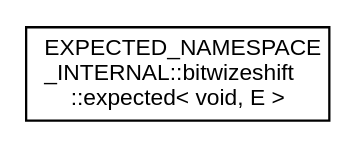
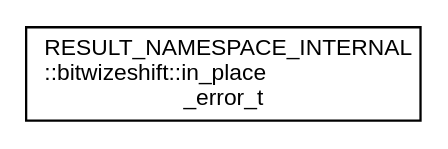
Before and after one commit to bitwizeshift/result: the diagram in api/latest/inherit_graph_23.dot, drawn with Graphviz. The commit also changed 431 other files, not shown here.

```diff
--- a/api/latest/inherit_graph_23.dot
+++ b/api/latest/inherit_graph_23.dot
@@ -1,7 +1,7 @@
 digraph "Graphical Class Hierarchy"
 {
   edge [fontname="Helvetica",fontsize="10",labelfontname="Helvetica",labelfontsize="10"];
   node [fontname="Helvetica",fontsize="10",shape=record];
   rankdir="LR";
-  Node0 [label="EXPECTED_NAMESPACE\l_INTERNAL::bitwizeshift\l::expected\< void, E \>",height=0.2,width=0.4,color="black", fillcolor="white", style="filled",URL="$dc/d65/class_e_x_p_e_c_t_e_d___n_a_m_e_s_p_a_c_e___i_n_t_e_r_n_a_l_1_1bitwizeshift_1_1expected_3_01void_00_01_e_01_4.html",tooltip="Partial specialization of expected<void, E> "];
+  Node0 [label="RESULT_NAMESPACE_INTERNAL\l::bitwizeshift::in_place\l_error_t",height=0.2,width=0.4,color="black", fillcolor="white", style="filled",URL="$d6/d8a/struct_r_e_s_u_l_t___n_a_m_e_s_p_a_c_e___i_n_t_e_r_n_a_l_1_1bitwizeshift_1_1in__place__error__t.html",tooltip="A structure for representing in-place construction of an error type. "];
 }
```
